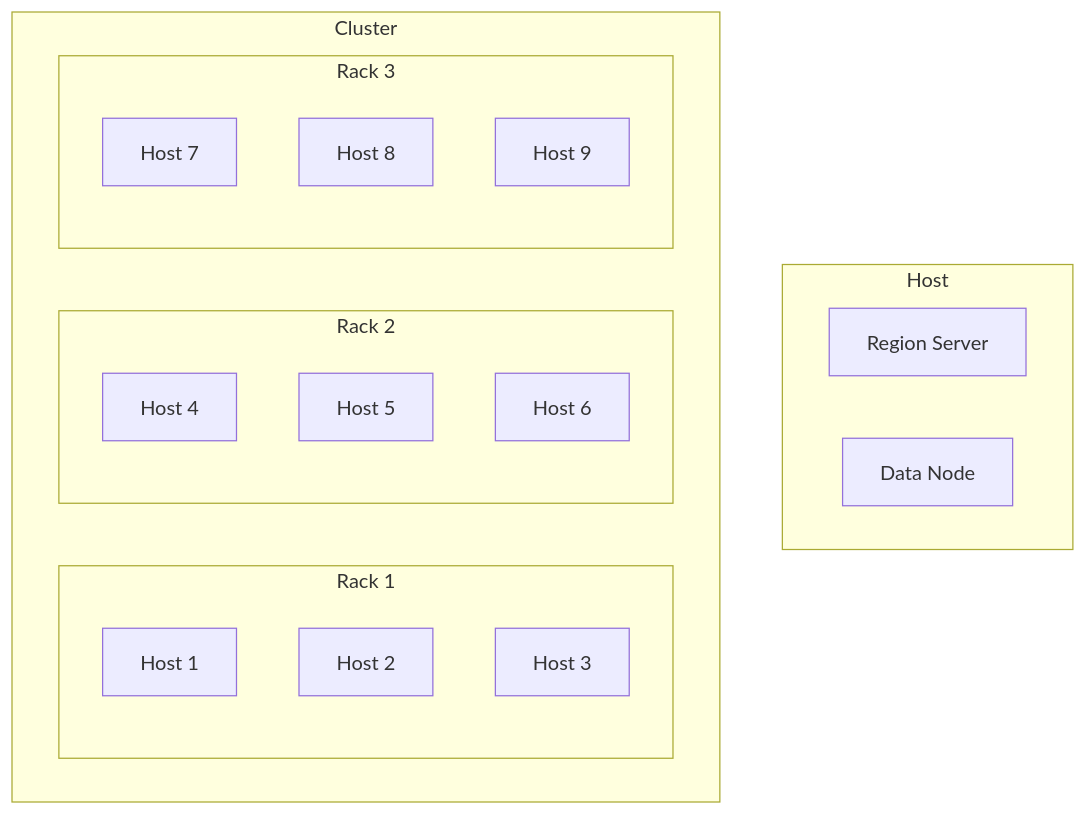
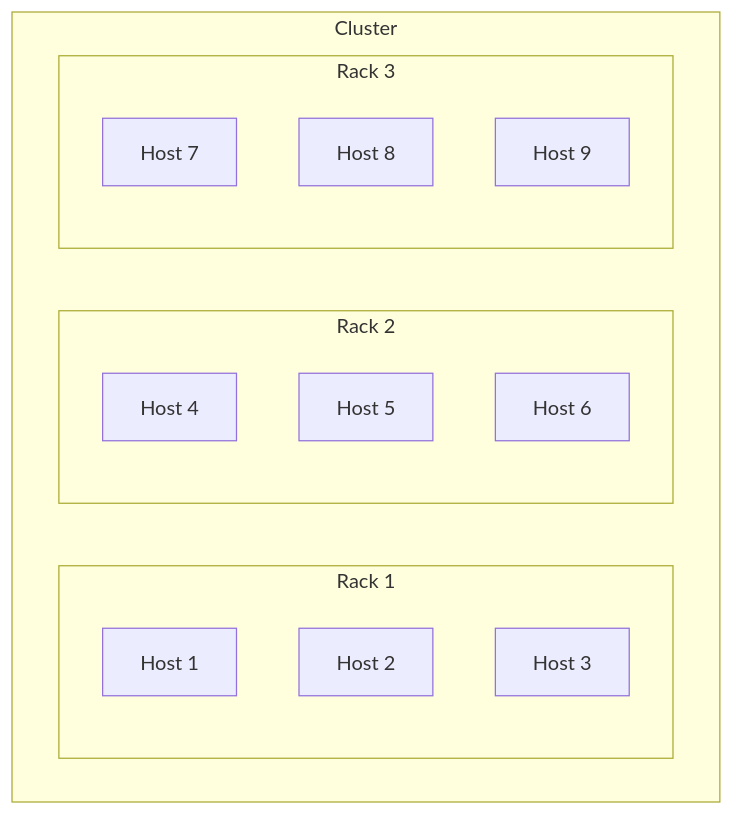
The first of 2 diagrams in frontend/public/doc/hdfs.md (lzztt/onenow), drawn with Mermaid before and after one commit. The commit also changed other lines of this file and 1 other file, not shown here.

````diff
--- a/frontend/public/doc/hdfs.md
+++ b/frontend/public/doc/hdfs.md
@@ -22,25 +25,20 @@
 ```mermaid
 flowchart TD
-    subgraph Host
-        direction LR
-        A[Region Server]
-        B[Data Node]
-    end
     subgraph Cluster
         subgraph Rack 1
             H1[Host 1]
             H2[Host 2]
             H3[Host 3]
         end
         subgraph Rack 2
             H4[Host 4]
             H5[Host 5]
             H6[Host 6]
         end
         subgraph Rack 3
             H7[Host 7]
             H8[Host 8]
             H9[Host 9]
         end
     end
 ```
````
